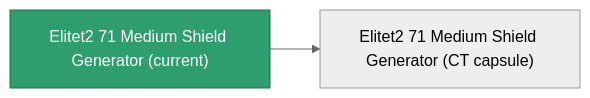
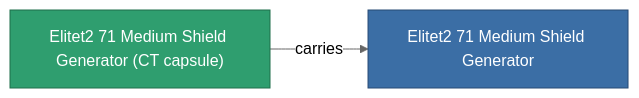
One commit to OpenPerpetuum/Wiki changed the diagram in content/content/items/elitet2_71_medium_shield_generator.md. Above: the diagram before and after it, drawn with Mermaid (neutral theme). The commit also changed other lines of this file and 2015 other files, not shown here.

````diff
--- a/content/content/items/elitet2_71_medium_shield_generator.md
+++ b/content/content/items/elitet2_71_medium_shield_generator.md
@@ -37,8 +37,9 @@
 ```mermaid
 graph LR
-    a["Elitet2 71 Medium Shield Generator (current)"]:::current
-    b["Elitet2 71 Medium Shield Generator (CT capsule)"]
-    a --> b
-    click b "/content/items/elitet2-71-medium-shield-generator-ct-capsule/" "Elitet2 71 Medium Shield Generator (CT capsule)"
+    a["Elitet2 71 Medium Shield Generator (CT capsule)"]:::current
+    b["Elitet2 71 Medium Shield Generator"]:::finished
+    a -->|carries| b
+                click b "/content/items/elitet2-71-medium-shield-generator/" "Elitet2 71 Medium Shield Generator"
     classDef current fill:#2f9e6f,stroke:#1f6f4a,color:#ffffff
+    classDef finished fill:#3b6ea5,stroke:#274a75,color:#ffffff
 ```
````
